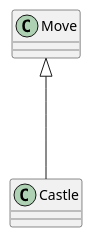
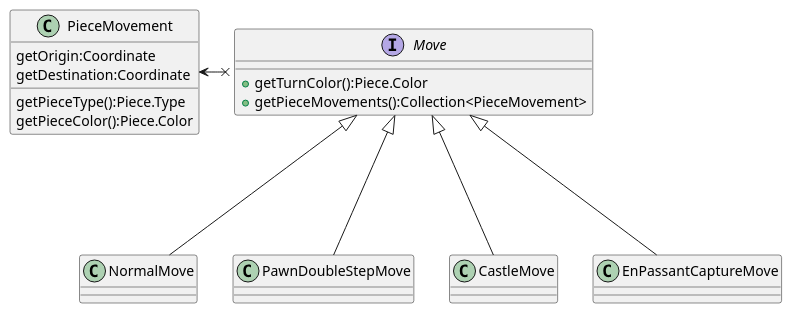
The diagram in docs/4_design_documents/class_diagrams/match/com.example.jargames.match.Move.puml (saunders94/JarChess), drawn with PlantUML before and after one commit.

Commit message:
More work on Class Diagrams

```diff
--- a/docs/4_design_documents/class_diagrams/match/com.example.jargames.match.Move.puml
+++ b/docs/4_design_documents/class_diagrams/match/com.example.jargames.match.Move.puml
@@ -1,15 +1,41 @@
 @startuml
 
 
 
-class Move{
+interface Move{
++getTurnColor():Piece.Color
++getPieceMovements():Collection<PieceMovement>
+}
+
+class PieceMovement{
+getPieceType():Piece.Type
+getPieceColor():Piece.Color
+getOrigin:Coordinate
+getDestination:Coordinate
+}
+
+class NormalMove{
 
 }
 
-class Castle{
+class PawnDoubleStepMove{
 
 }
 
-Castle --up-|> Move
+class CastleMove{
+
+}
+
+class EnPassantCaptureMove{
+
+}
+
+PawnDoubleStepMove --up-|> Move
+CastleMove --up-|> Move
+EnPassantCaptureMove --up-|> Move
+NormalMove --up-|> Move
+
+
+Move x-left-> PieceMovement
 
 @enduml
```
